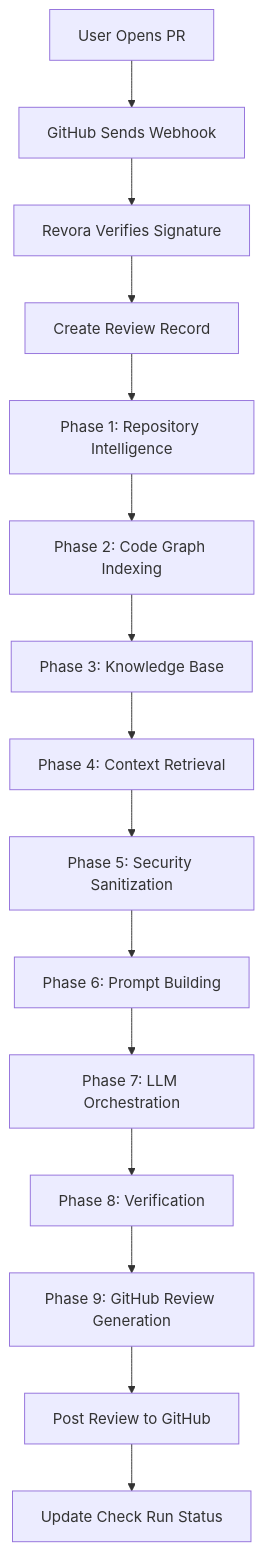
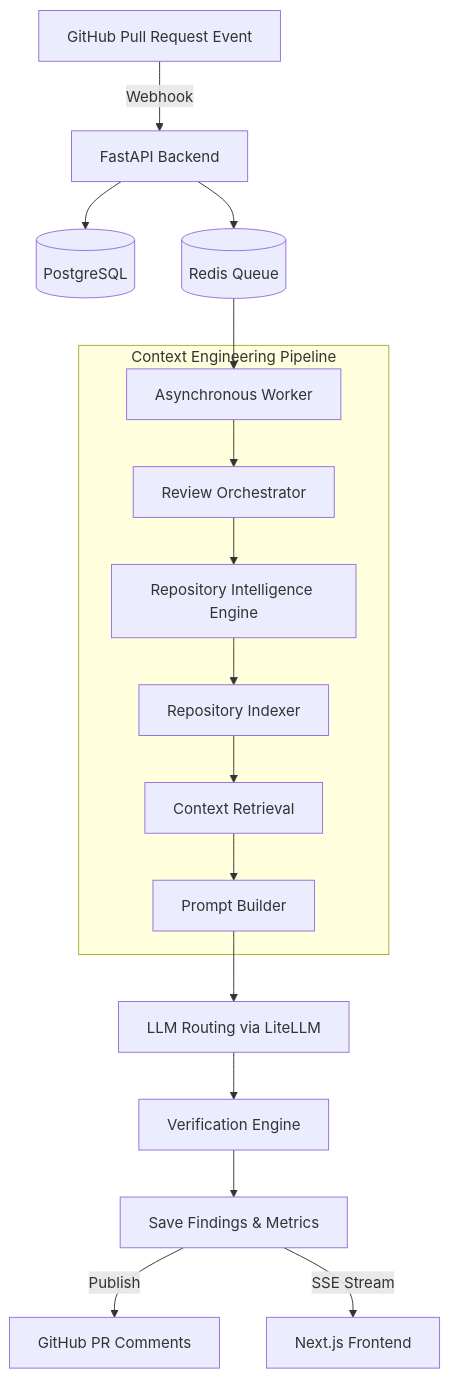
One commit to d-kavinraja/revora changed the diagram in README.md. Above: the diagram before and after it, drawn with Mermaid. The commit also changed other lines of this file and 2 other files, not shown here.

````diff
--- a/README.md
+++ b/README.md
@@ -1369,17 +54,23 @@
 ```mermaid
-flowchart TD
-    A[User Opens PR] --> B[GitHub Sends Webhook]
-    B --> C[Revora Verifies Signature]
-    C --> D[Create Review Record]
-    D --> E[Phase 1: Repository Intelligence]
-    E --> F[Phase 2: Code Graph Indexing]
-    F --> G[Phase 3: Knowledge Base]
-    G --> H[Phase 4: Context Retrieval]
-    H --> I[Phase 5: Security Sanitization]
-    I --> J[Phase 6: Prompt Building]
-    J --> K[Phase 7: LLM Orchestration]
-    K --> L[Phase 8: Verification]
-    L --> M[Phase 9: GitHub Review Generation]
-    M --> N[Post Review to GitHub]
-    N --> O[Update Check Run Status]
+graph TD
+    PR[GitHub Pull Request Event] -->|Webhook| WebhookHandler[FastAPI Backend]
+    WebhookHandler --> DB[(PostgreSQL)]
+    WebhookHandler --> Queue[(Redis Queue)]
+    
+    Queue --> Worker[Asynchronous Worker]
+    
+    subgraph Context Engineering Pipeline
+        Worker --> Orchestrator[Review Orchestrator]
+        Orchestrator --> Intelligence[Repository Intelligence Engine]
+        Intelligence --> Indexing[Repository Indexer]
+        Indexing --> Retrieval[Context Retrieval]
+        Retrieval --> PromptBuilder[Prompt Builder]
+    end
+    
+    PromptBuilder --> LLM[LLM Routing via LiteLLM]
+    LLM --> Verification[Verification Engine]
+    Verification --> Persistence[Save Findings & Metrics]
+    
+    Persistence -->|Publish| GitHub[GitHub PR Comments]
+    Persistence -->|SSE Stream| UI[Next.js Frontend]
 ```
````
